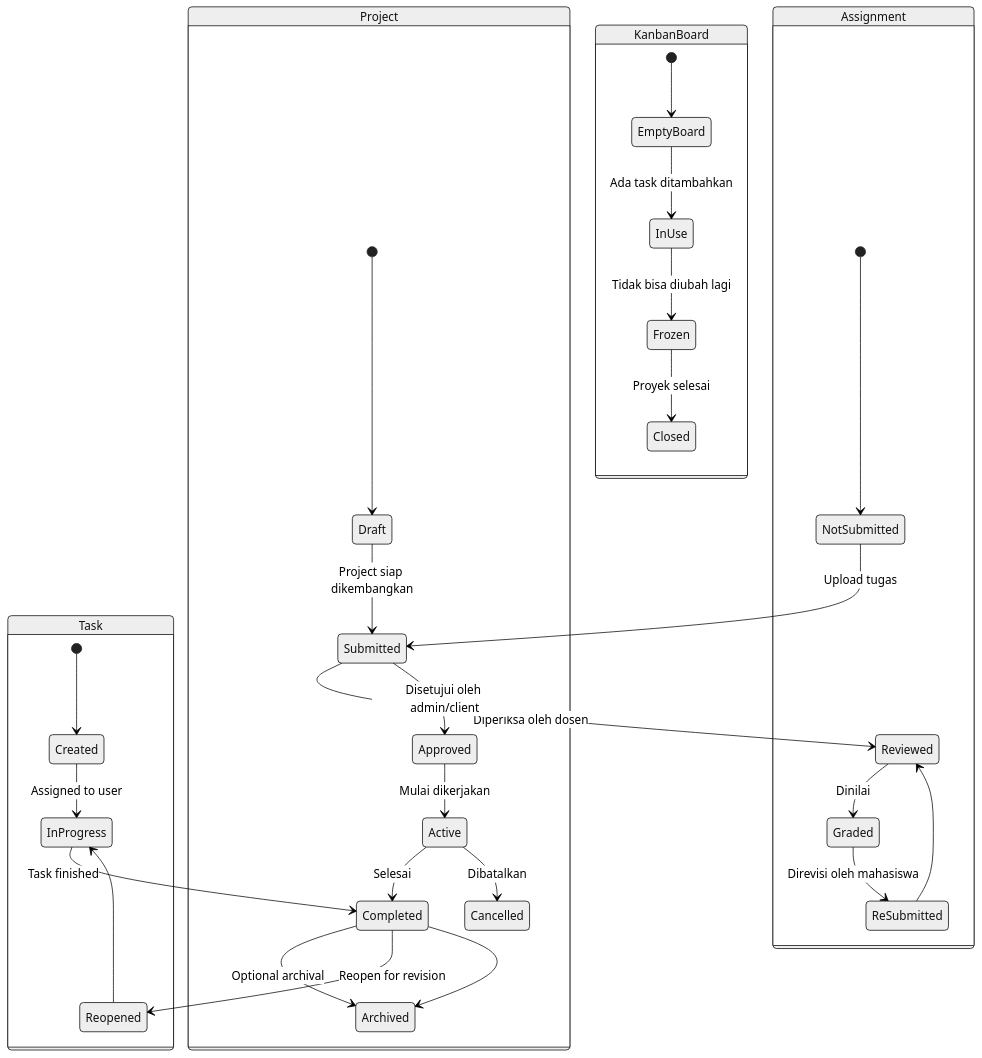
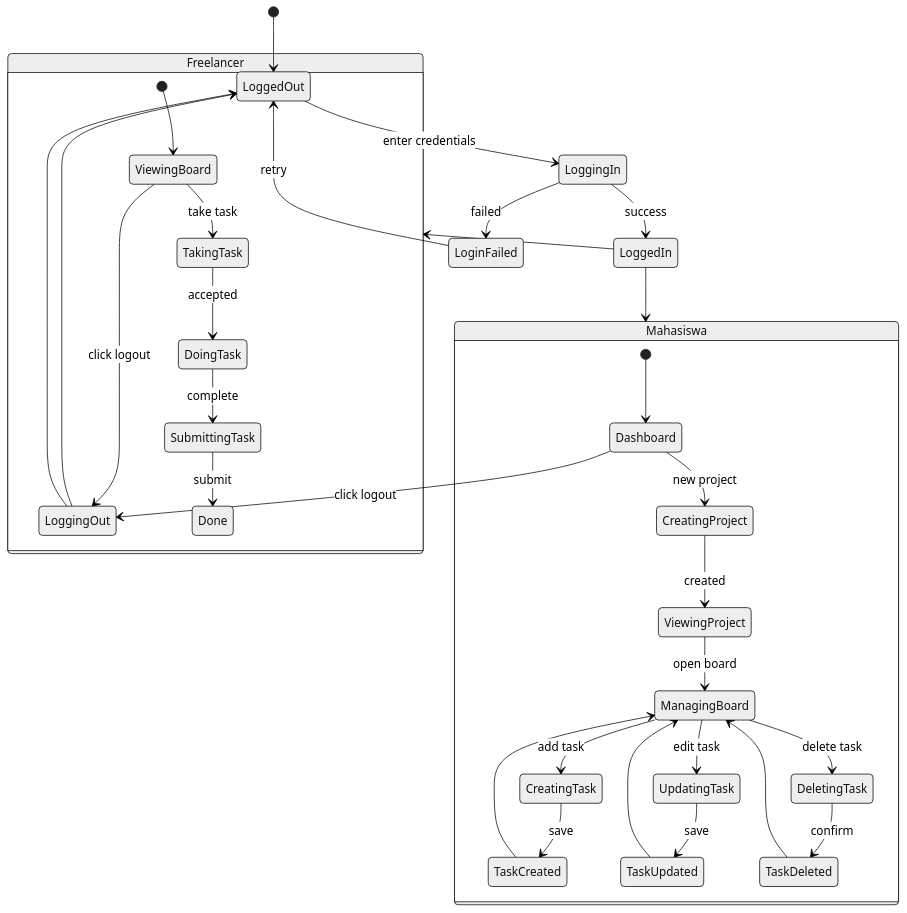
Before and after one commit to aarlazuardi/fix-sisfor-desain-sistem: the diagram in state-diagram.md, drawn with Mermaid (neutral theme).

````diff
--- a/state-diagram.md
+++ b/state-diagram.md
@@ -3,38 +3,50 @@
 ```mermaid
-stateDiagram
+stateDiagram-v2
+    direction TB
 
-  state Task {
-    [*] --> Created
-    Created --> InProgress : Assigned to user
-    InProgress --> Completed : Task finished
-    Completed --> Archived : Optional archival
-    Completed --> Reopened : Reopen for revision
-    Reopened --> InProgress
-  }
+    [*] --> LoggedOut
 
-  state Assignment {
-    [*] --> NotSubmitted
-    NotSubmitted --> Submitted : Upload tugas
-    Submitted --> Reviewed : Diperiksa oleh dosen
-    Reviewed --> Graded : Dinilai
-    Graded --> ReSubmitted : Direvisi oleh mahasiswa
-    ReSubmitted --> Reviewed
-  }
+    LoggedOut --> LoggingIn : enter credentials
+    LoggingIn --> LoggedIn : success
+    LoggingIn --> LoginFailed : failed
+    LoginFailed --> LoggedOut : retry
 
-  state Project {
-    [*] --> Draft
-    Draft --> Submitted : Project siap dikembangkan
-    Submitted --> Approved : Disetujui oleh admin/client
-    Approved --> Active : Mulai dikerjakan
-    Active --> Completed : Selesai
-    Active --> Cancelled : Dibatalkan
-    Completed --> Archived
-  }
+    LoggedIn --> Mahasiswa
+    LoggedIn --> Freelancer
 
-  state KanbanBoard {
-    [*] --> EmptyBoard
-    EmptyBoard --> InUse : Ada task ditambahkan
-    InUse --> Frozen : Tidak bisa diubah lagi
-    Frozen --> Closed : Proyek selesai
-  }
+    state Mahasiswa {
+        [*] --> Dashboard
+
+        Dashboard --> CreatingProject : new project
+        CreatingProject --> ViewingProject : created
+
+        ViewingProject --> ManagingBoard : open board
+
+        ManagingBoard --> CreatingTask : add task
+        CreatingTask --> TaskCreated : save
+        TaskCreated --> ManagingBoard
+
+        ManagingBoard --> UpdatingTask : edit task
+        UpdatingTask --> TaskUpdated : save
+        TaskUpdated --> ManagingBoard
+
+        ManagingBoard --> DeletingTask : delete task
+        DeletingTask --> TaskDeleted : confirm
+        TaskDeleted --> ManagingBoard
+
+        Dashboard --> LoggingOut : click logout
+        LoggingOut --> LoggedOut
+    }
+
+    state Freelancer {
+        [*] --> ViewingBoard
+
+        ViewingBoard --> TakingTask : take task
+        TakingTask --> DoingTask : accepted
+        DoingTask --> SubmittingTask : complete
+        SubmittingTask --> Done : submit
+
+        ViewingBoard --> LoggingOut : click logout
+        LoggingOut --> LoggedOut
+    }
 ```
````
